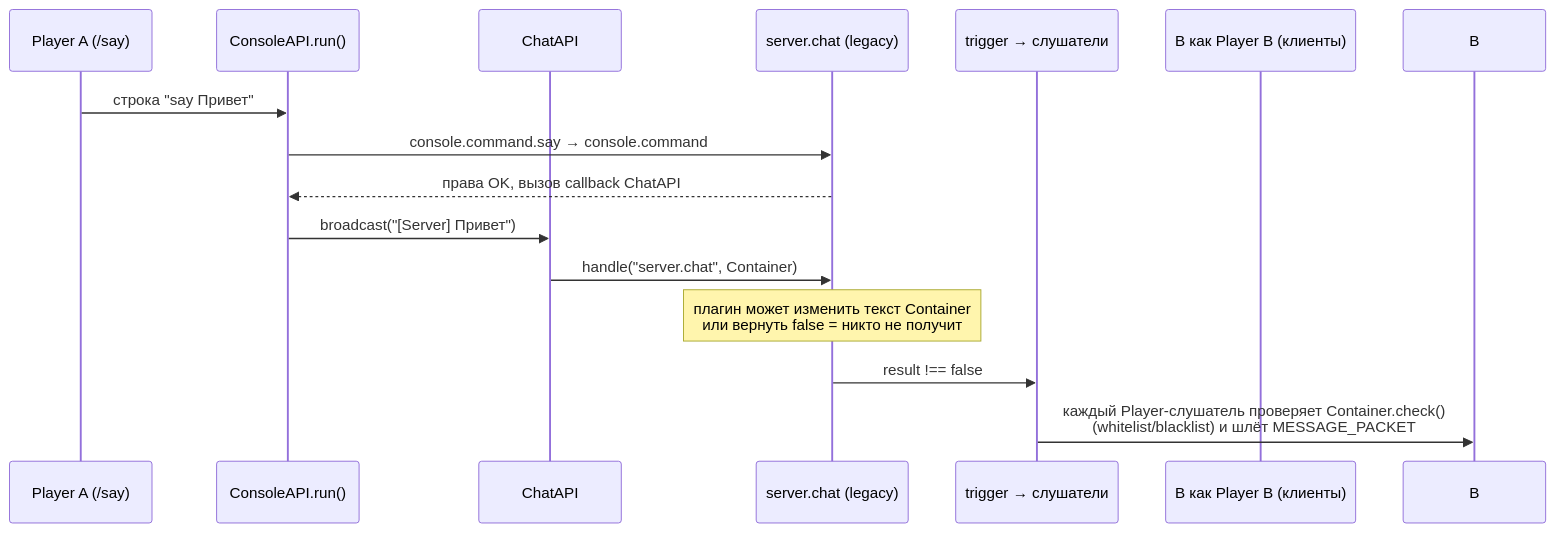
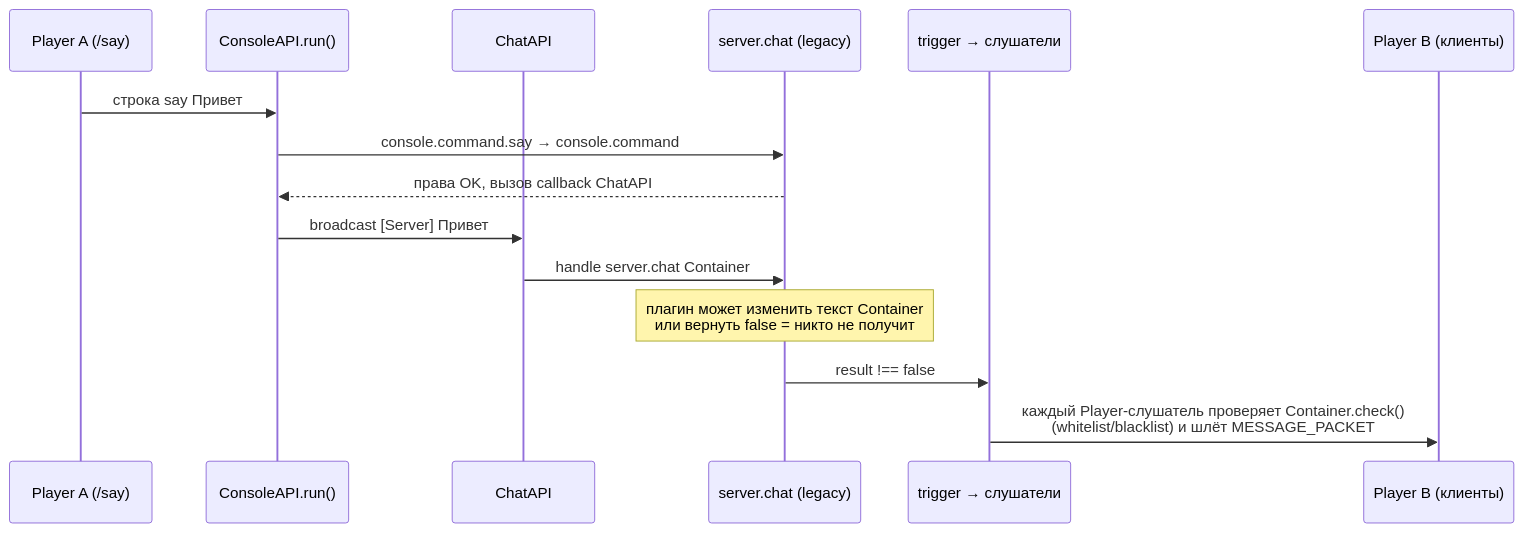
One commit to MineDg2665/WorldPECore changed the eighth of 9 diagrams in docs/01-introduction.md. Above: the diagram before and after it, drawn with Mermaid. The commit also changed other lines of this file and 2 other files, not shown here.

````diff
--- a/docs/01-introduction.md
+++ b/docs/01-introduction.md
@@ -558,18 +558,18 @@
 ```mermaid
 sequenceDiagram
     participant U as Player A (/say)
     participant C as ConsoleAPI.run()
     participant Ch as ChatAPI
     participant H as server.chat (legacy)
     participant T as trigger → слушатели
-    participant B как Player B (клиенты)
+    participant B as Player B (клиенты)
 
-    U->>C: строка "say Привет"
+    U->>C: строка say Привет
     C->>H: console.command.say → console.command
     H-->>C: права OK, вызов callback ChatAPI
-    C->>Ch: broadcast("[Server] Привет")
-    Ch->>H: handle("server.chat", Container)
+    C->>Ch: broadcast [Server] Привет
+    Ch->>H: handle server.chat Container
     Note over H: плагин может изменить текст Container<br/>или вернуть false = никто не получит
     H->>T: result !== false
     T->>B: каждый Player-слушатель проверяет Container.check()<br/>(whitelist/blacklist) и шлёт MESSAGE_PACKET
 ```
````
